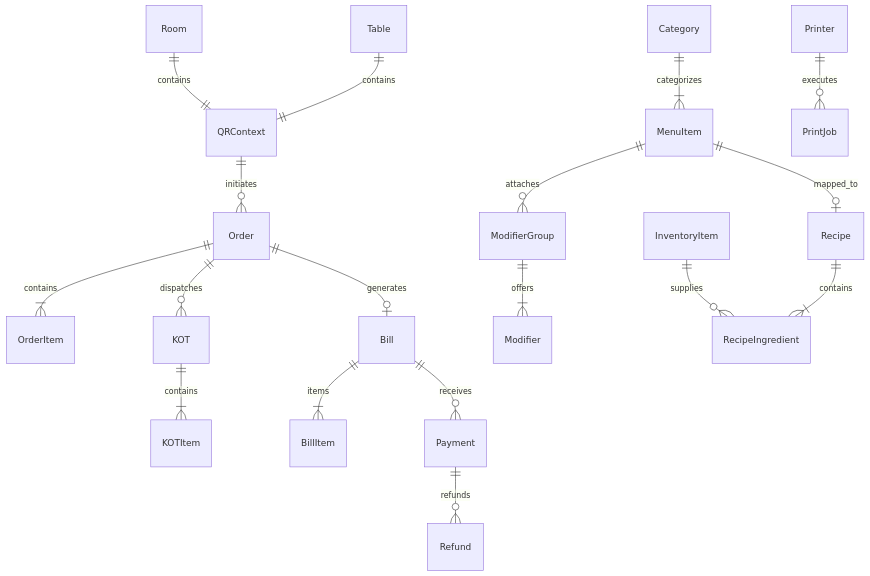
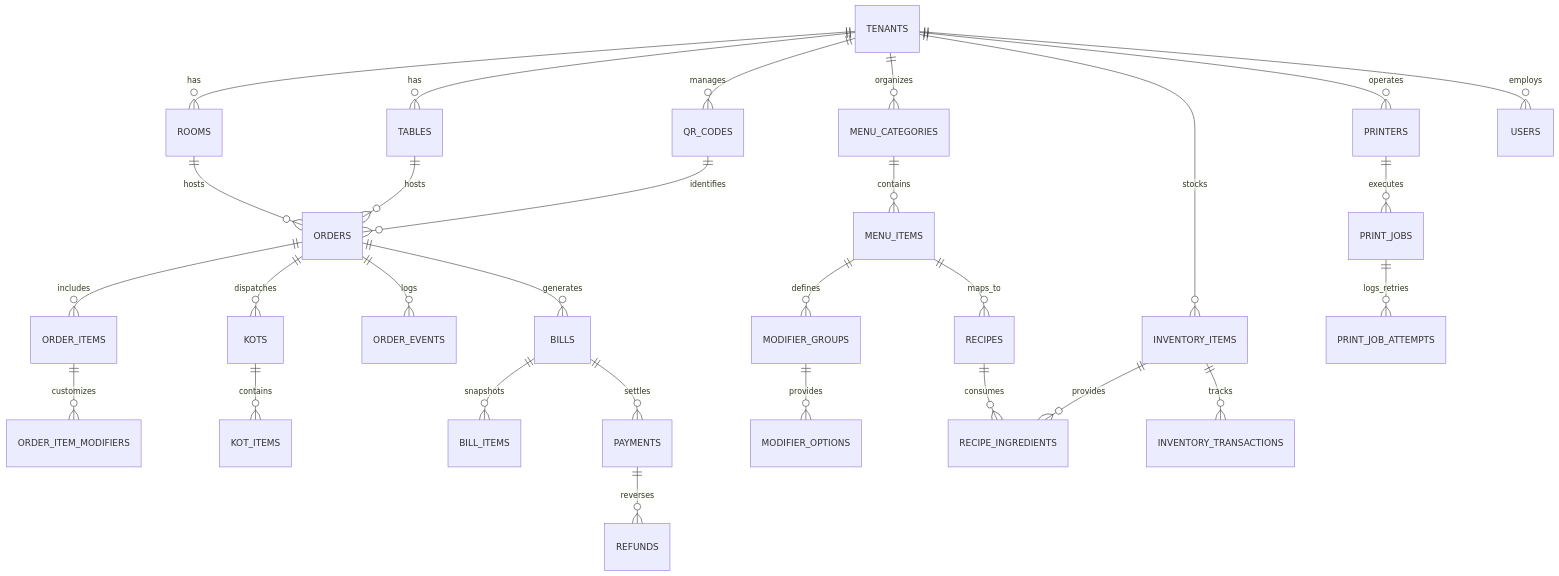
The diagram in docs/DATA_MODELS.md (02falgun/Sculpx-E-billing), drawn with Mermaid before and after one commit. The commit also changed other lines of this file and 61 other files, not shown here.

````diff
--- a/docs/DATA_MODELS.md
+++ b/docs/DATA_MODELS.md
@@ -5,26 +29,37 @@
 ```mermaid
 erDiagram
-    QRContext ||--o{ Order : initiates
-    Room ||--|| QRContext : contains
-    Table ||--|| QRContext : contains
+    TENANTS ||--o{ ROOMS : has
+    TENANTS ||--o{ TABLES : has
+    TENANTS ||--o{ QR_CODES : manages
+    TENANTS ||--o{ MENU_CATEGORIES : organizes
+    TENANTS ||--o{ INVENTORY_ITEMS : stocks
+    TENANTS ||--o{ PRINTERS : operates
+    TENANTS ||--o{ USERS : employs
 
-    Order ||--|{ OrderItem : contains
-    Order ||--o{ KOT : dispatches
-    Order ||--o| Bill : generates
+    MENU_CATEGORIES ||--o{ MENU_ITEMS : contains
+    MENU_ITEMS ||--o{ MODIFIER_GROUPS : defines
+    MODIFIER_GROUPS ||--o{ MODIFIER_OPTIONS : provides
+    MENU_ITEMS ||--o{ RECIPES : maps_to
 
-    KOT ||--|{ KOTItem : contains
+    TABLES ||--o{ ORDERS : hosts
+    ROOMS ||--o{ ORDERS : hosts
+    QR_CODES ||--o{ ORDERS : identifies
 
-    Bill ||--|{ BillItem : items
-    Bill ||--o{ Payment : receives
-    Payment ||--o{ Refund : refunds
+    ORDERS ||--o{ ORDER_ITEMS : includes
+    ORDER_ITEMS ||--o{ ORDER_ITEM_MODIFIERS : customizes
+    ORDERS ||--o{ KOTS : dispatches
+    KOTS ||--o{ KOT_ITEMS : contains
+    ORDERS ||--o{ ORDER_EVENTS : logs
 
-    MenuItem ||--o{ ModifierGroup : attaches
-    ModifierGroup ||--|{ Modifier : offers
-    Category ||--|{ MenuItem : categorizes
+    ORDERS ||--o{ BILLS : generates
+    BILLS ||--o{ BILL_ITEMS : snapshots
+    BILLS ||--o{ PAYMENTS : settles
+    PAYMENTS ||--o{ REFUNDS : reverses
 
-    InventoryItem ||--o{ RecipeIngredient : supplies
-    Recipe ||--|{ RecipeIngredient : contains
-    MenuItem ||--o| Recipe : mapped_to
+    RECIPES ||--o{ RECIPE_INGREDIENTS : consumes
+    INVENTORY_ITEMS ||--o{ RECIPE_INGREDIENTS : provides
+    INVENTORY_ITEMS ||--o{ INVENTORY_TRANSACTIONS : tracks
 
-    Printer ||--o{ PrintJob : executes
+    PRINTERS ||--o{ PRINT_JOBS : executes
+    PRINT_JOBS ||--o{ PRINT_JOB_ATTEMPTS : logs_retries
 ```
````
